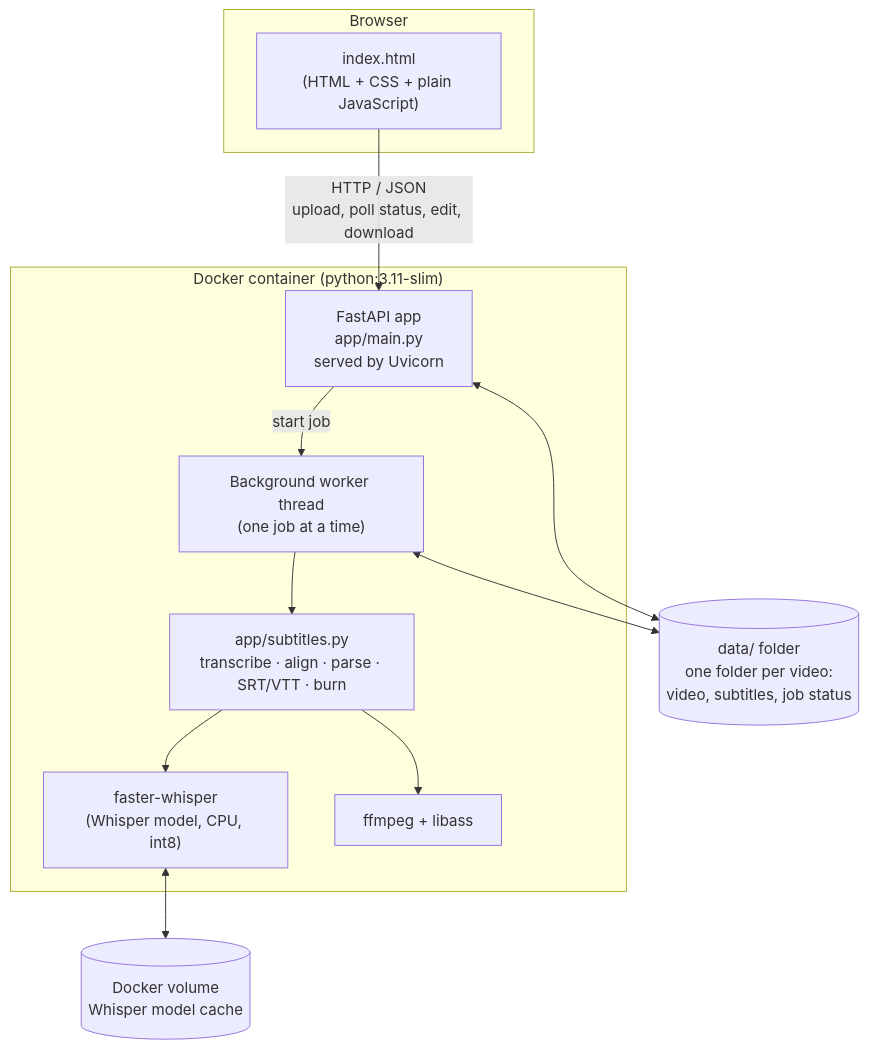
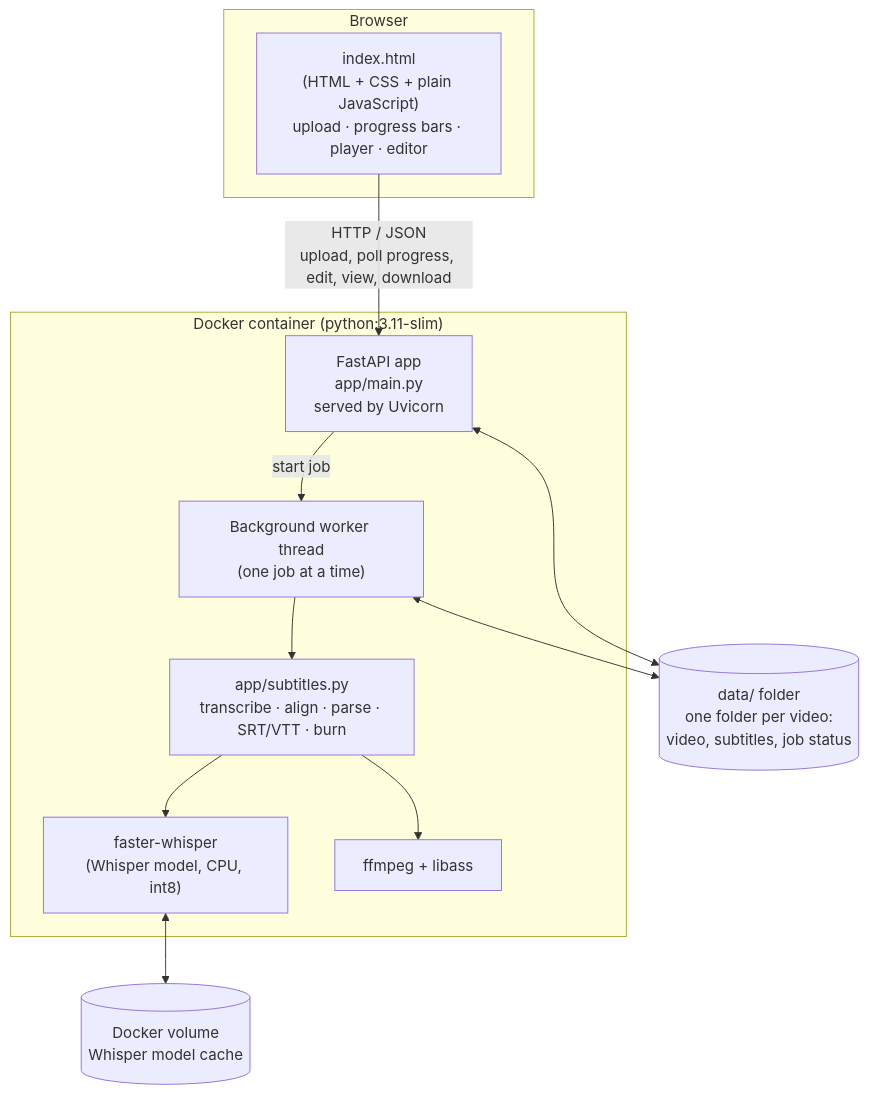
Before and after one commit to PepePapaPipi/subtitles: the second of 4 diagrams in README.md, drawn with Mermaid. The commit also changed other lines of this file and 3 other files, not shown here.

Commit message:
Progress bars and video viewer

````diff
--- a/README.md
+++ b/README.md
@@ -119,26 +147,26 @@
 ```mermaid
 flowchart TB
     subgraph Browser
-        UI["index.html<br/>(HTML + CSS + plain JavaScript)"]
+        UI["index.html<br/>(HTML + CSS + plain JavaScript)<br/>upload · progress bars · player · editor"]
     end
 
     subgraph Container["Docker container (python:3.11-slim)"]
         API["FastAPI app<br/>app/main.py<br/>served by Uvicorn"]
         Worker["Background worker thread<br/>(one job at a time)"]
         Core["app/subtitles.py<br/>transcribe · align · parse · SRT/VTT · burn"]
         Whisper["faster-whisper<br/>(Whisper model, CPU, int8)"]
         FFmpeg["ffmpeg + libass"]
     end
 
     Data[("data/ folder<br/>one folder per video:<br/>video, subtitles, job status")]
     Models[("Docker volume<br/>Whisper model cache")]
 
-    UI -- "HTTP / JSON<br/>upload, poll status, edit, download" --> API
+    UI -- "HTTP / JSON<br/>upload, poll progress, edit, view, download" --> API
     API -- start job --> Worker
     Worker --> Core
     Core --> Whisper
     Core --> FFmpeg
     API <--> Data
     Worker <--> Data
     Whisper <--> Models
 ```
````
